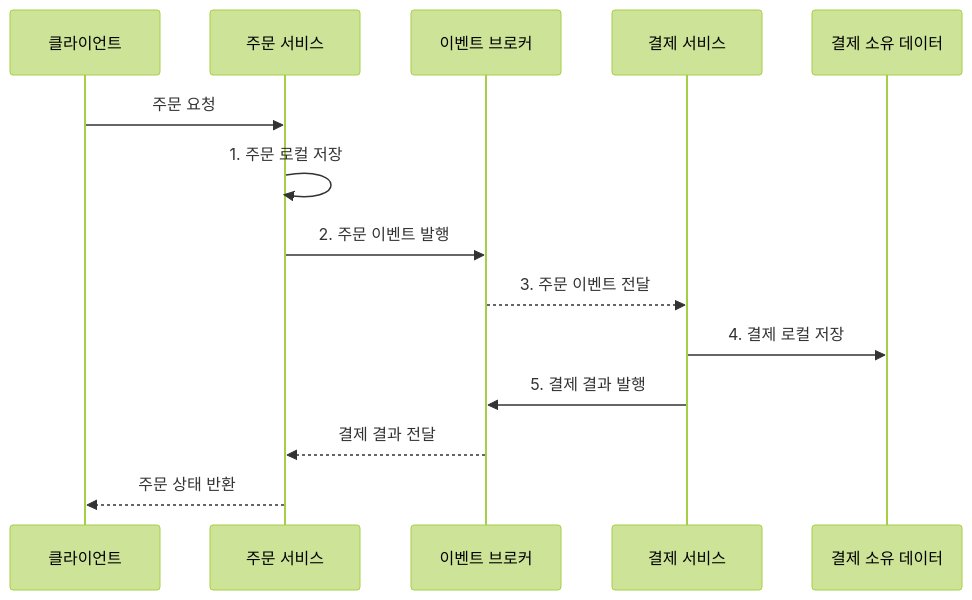
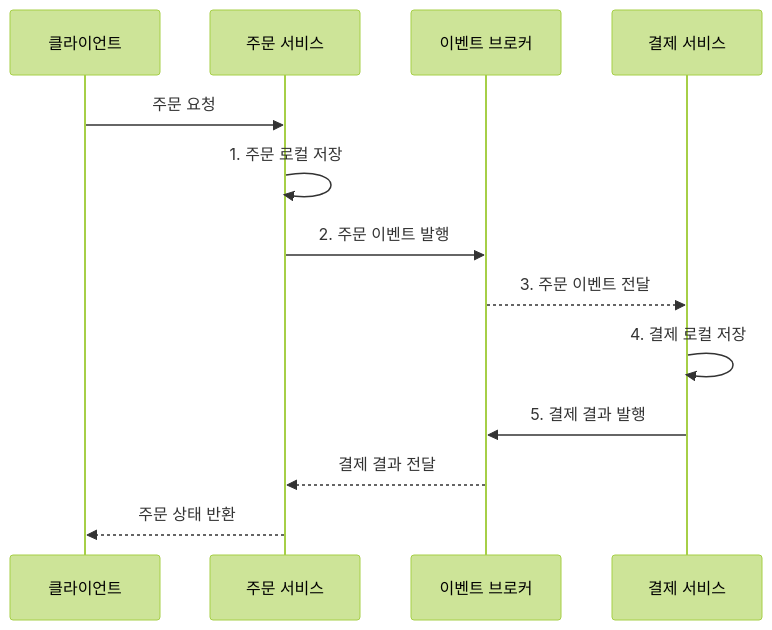
One commit to agnusdei1207/knowledge-base changed the second of 2 diagrams in src/content/docs/notes/03-software/039_microservice_architecture.md. Above: the diagram before and after it, drawn with Mermaid (forest theme). The commit also changed 6 other files, not shown here.

Commit message:
Trim software design diagram actors

````diff
--- a/src/content/docs/notes/03-software/039_microservice_architecture.md
+++ b/src/content/docs/notes/03-software/039_microservice_architecture.md
@@ -105,16 +105,15 @@
 ```mermaid
 sequenceDiagram
     participant C as 클라이언트
     participant O as 주문 서비스
     participant B as 이벤트 브로커
     participant P as 결제 서비스
-    participant D as 결제 소유 데이터
     C->>O: 주문 요청
     O->>O: 1. 주문 로컬 저장
     O->>B: 2. 주문 이벤트 발행
     B-->>P: 3. 주문 이벤트 전달
-    P->>D: 4. 결제 로컬 저장
+    P->>P: 4. 결제 로컬 저장
     P->>B: 5. 결제 결과 발행
     B-->>O: 결제 결과 전달
     O-->>C: 주문 상태 반환
 ```
````
